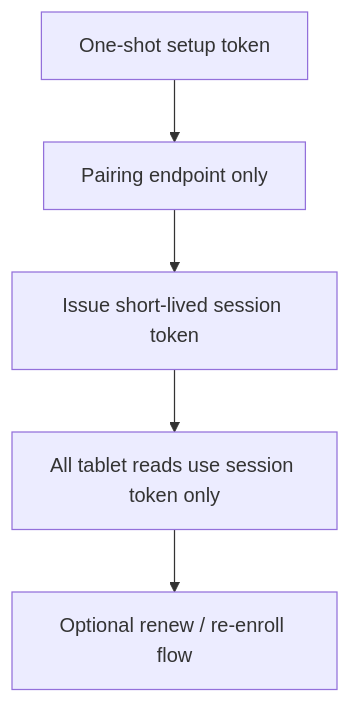
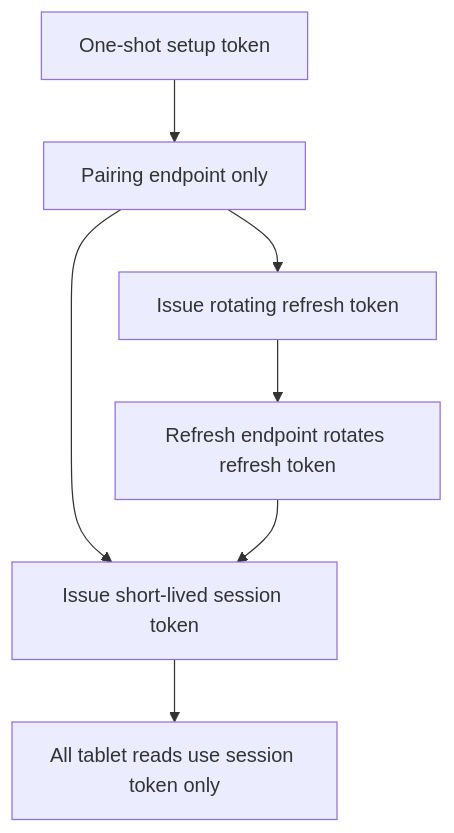
Before and after one commit to bencohensolal/seniorhub: the sixth of 6 diagrams in ARCHITECTURE.md, drawn with Mermaid. The commit also changed other lines of this file and 9 other files, not shown here.

````diff
--- a/ARCHITECTURE.md
+++ b/ARCHITECTURE.md
@@ -347,7 +361,9 @@
 ```mermaid
 flowchart TD
   Setup["One-shot setup token"] --> Pair["Pairing endpoint only"]
   Pair --> Session["Issue short-lived session token"]
+  Pair --> Refresh["Issue rotating refresh token"]
   Session --> Runtime["All tablet reads use session token only"]
-  Runtime --> Refresh["Optional renew / re-enroll flow"]
+  Refresh --> Renew["Refresh endpoint rotates refresh token"]
+  Renew --> Session
 ```
````
